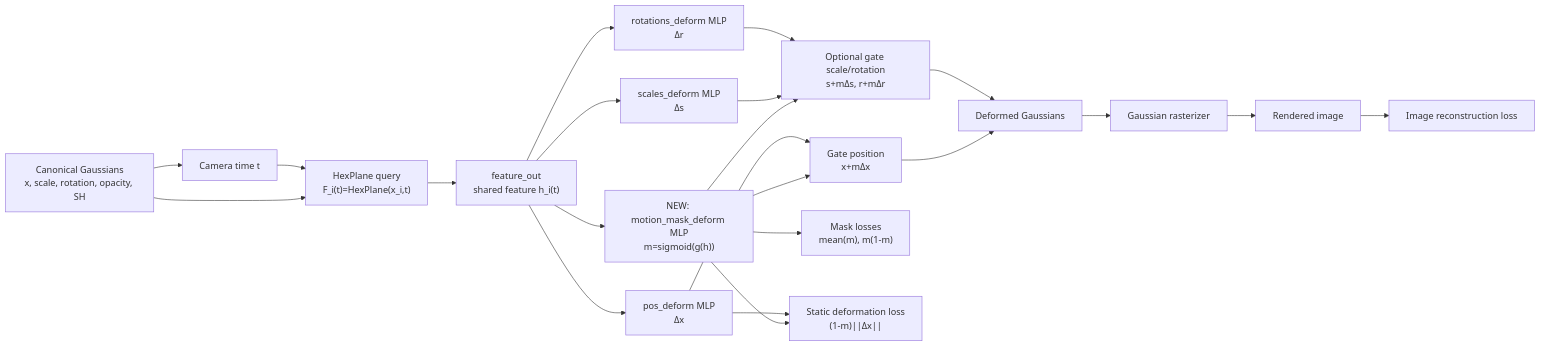
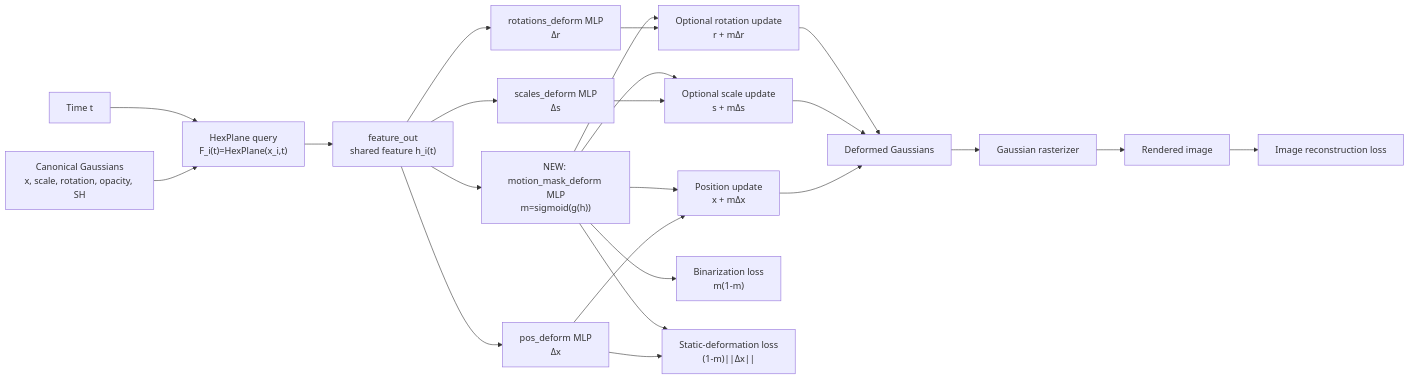
Before and after one commit to yuanren114/4DGaussians_static_dynamic: the second of 2 diagrams in FINAL_PROJECT_REPORT_READER_FRIENDLY.md, drawn with Mermaid. The commit also changed other lines of this file and 1 other file, not shown here.

````diff
--- a/FINAL_PROJECT_REPORT_READER_FRIENDLY.md
+++ b/FINAL_PROJECT_REPORT_READER_FRIENDLY.md
@@ -486,24 +291,25 @@
 ```mermaid
 flowchart LR
-    A["Canonical Gaussians<br/>x, scale, rotation, opacity, SH"] --> B["Camera time t"]
-    A --> C["HexPlane query<br/>F_i(t)=HexPlane(x_i,t)"]
-    B --> C
+    A["Canonical Gaussians<br/>x, scale, rotation, opacity, SH"] --> C["HexPlane query<br/>F_i(t)=HexPlane(x_i,t)"]
+    B["Time t"] --> C
     C --> D["feature_out<br/>shared feature h_i(t)"]
     D --> E1["pos_deform MLP<br/>Δx"]
     D --> E2["scales_deform MLP<br/>Δs"]
     D --> E3["rotations_deform MLP<br/>Δr"]
     D --> M["NEW: motion_mask_deform MLP<br/>m=sigmoid(g(h))"]
-    M --> G1["Gate position<br/>x+mΔx"]
-    E1 --> G1
-    M --> G2["Optional gate scale/rotation<br/>s+mΔs, r+mΔr"]
-    E2 --> G2
-    E3 --> G2
+    E1 --> G1["Position update<br/>x + mΔx"]
+    M --> G1
+    E2 --> G2["Optional scale update<br/>s + mΔs"]
+    M --> G2
+    E3 --> G3["Optional rotation update<br/>r + mΔr"]
+    M --> G3
     G1 --> F["Deformed Gaussians"]
     G2 --> F
+    G3 --> F
     F --> R["Gaussian rasterizer"]
     R --> O["Rendered image"]
     O --> L1["Image reconstruction loss"]
-    M --> L2["Mask losses<br/>mean(m), m(1-m)"]
-    M --> L3["Static deformation loss<br/>(1-m)||Δx||"]
-    E1 --> L3
+    M --> L2["Binarization loss<br/>m(1-m)"]
+    E1 --> L3["Static-deformation loss<br/>(1-m)||Δx||"]
+    M --> L3
 ```
````
